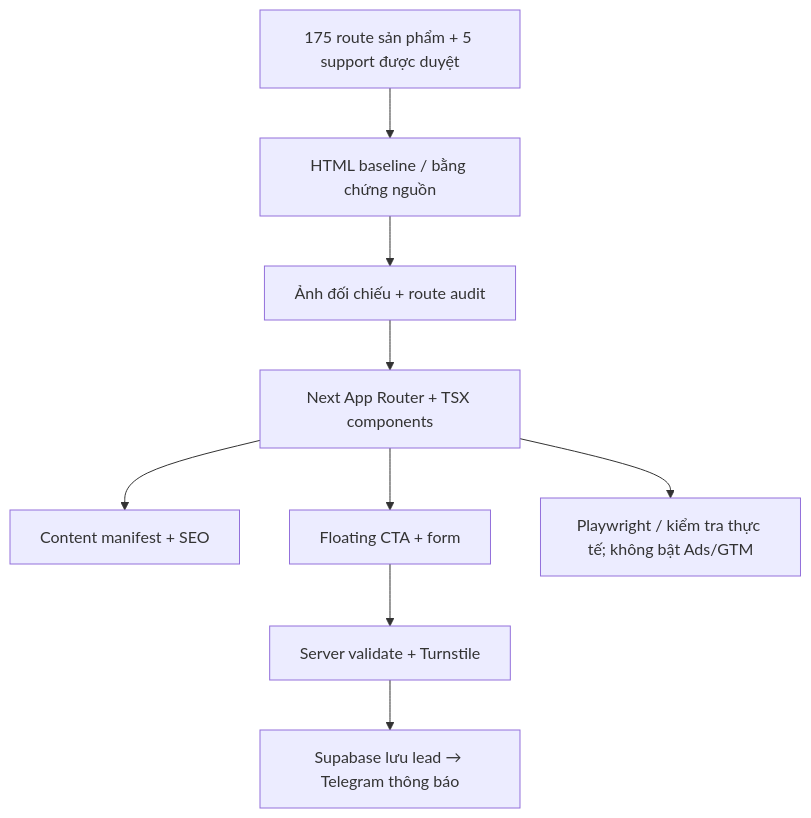
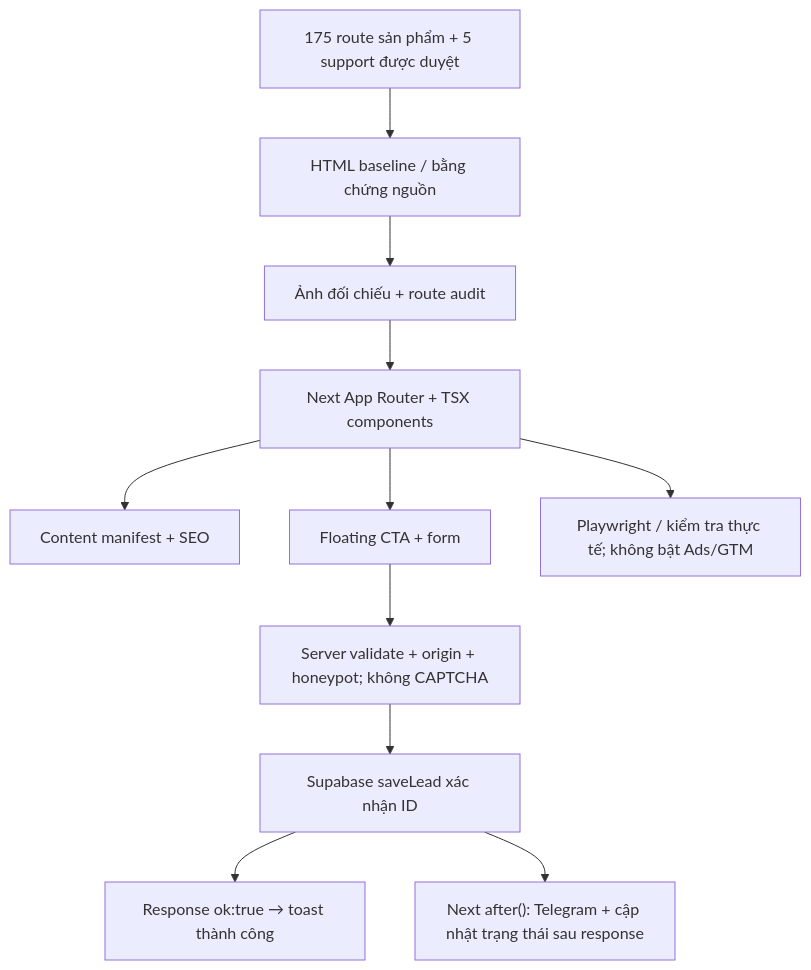
Before and after one commit to sinhdevops/viettelwifii: the diagram in docs/ARCHITECTURE.md, drawn with Mermaid. The commit also changed other lines of this file and 101 other files, not shown here.

````diff
--- a/docs/ARCHITECTURE.md
+++ b/docs/ARCHITECTURE.md
@@ -3,11 +3,13 @@
 ```mermaid
 flowchart TD
     A["175 route sản phẩm + 5 support được duyệt"] --> B["HTML baseline / bằng chứng nguồn"]
     B --> C["Ảnh đối chiếu + route audit"]
     C --> D["Next App Router + TSX components"]
     D --> E["Content manifest + SEO"]
     D --> F["Floating CTA + form"]
-    F --> G["Server validate + Turnstile"]
-    G --> H["Supabase lưu lead → Telegram thông báo"]
+    F --> G["Server validate + origin + honeypot; không CAPTCHA"]
+    G --> H["Supabase saveLead xác nhận ID"]
+    H --> J["Response ok:true → toast thành công"]
+    H --> K["Next after(): Telegram + cập nhật trạng thái sau response"]
     D --> I["Playwright / kiểm tra thực tế; không bật Ads/GTM"]
 ```
````
